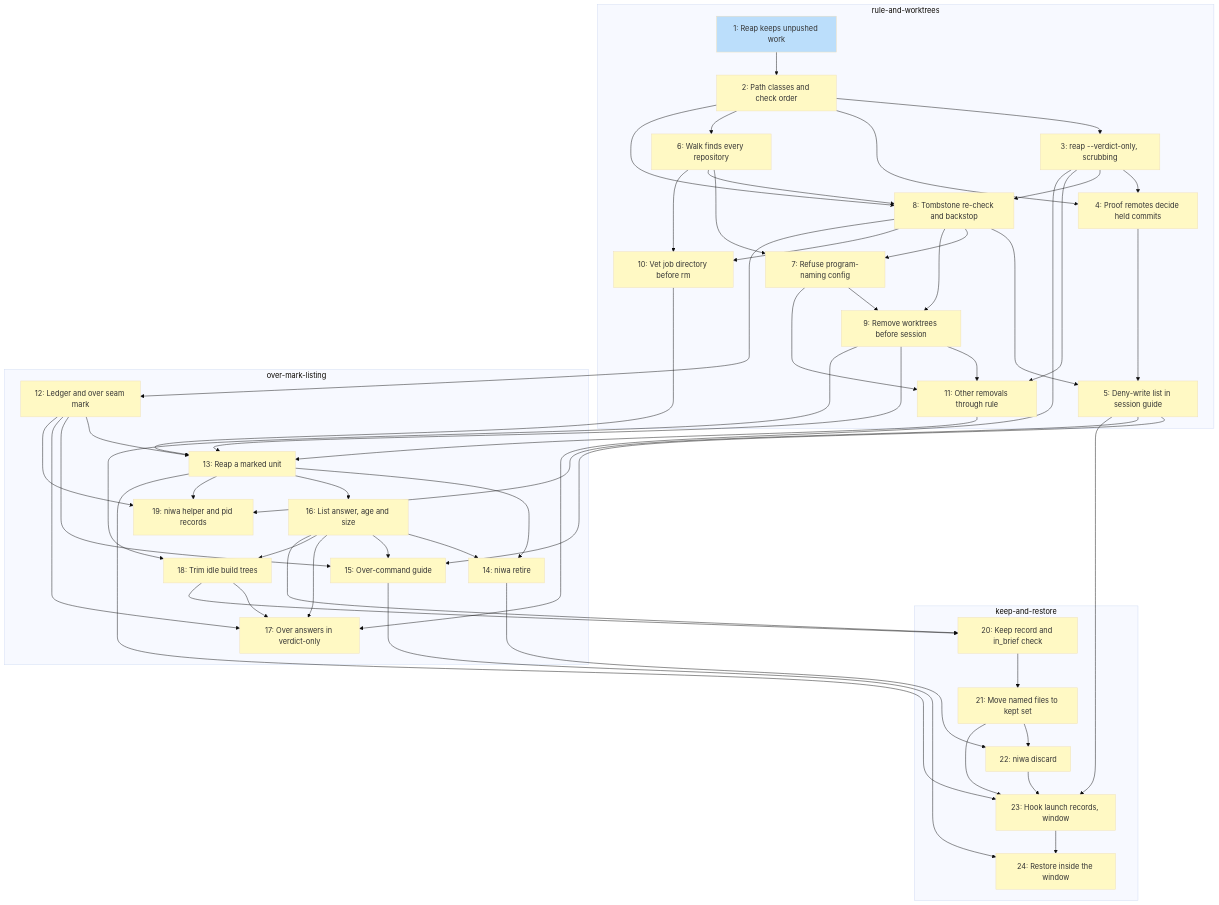
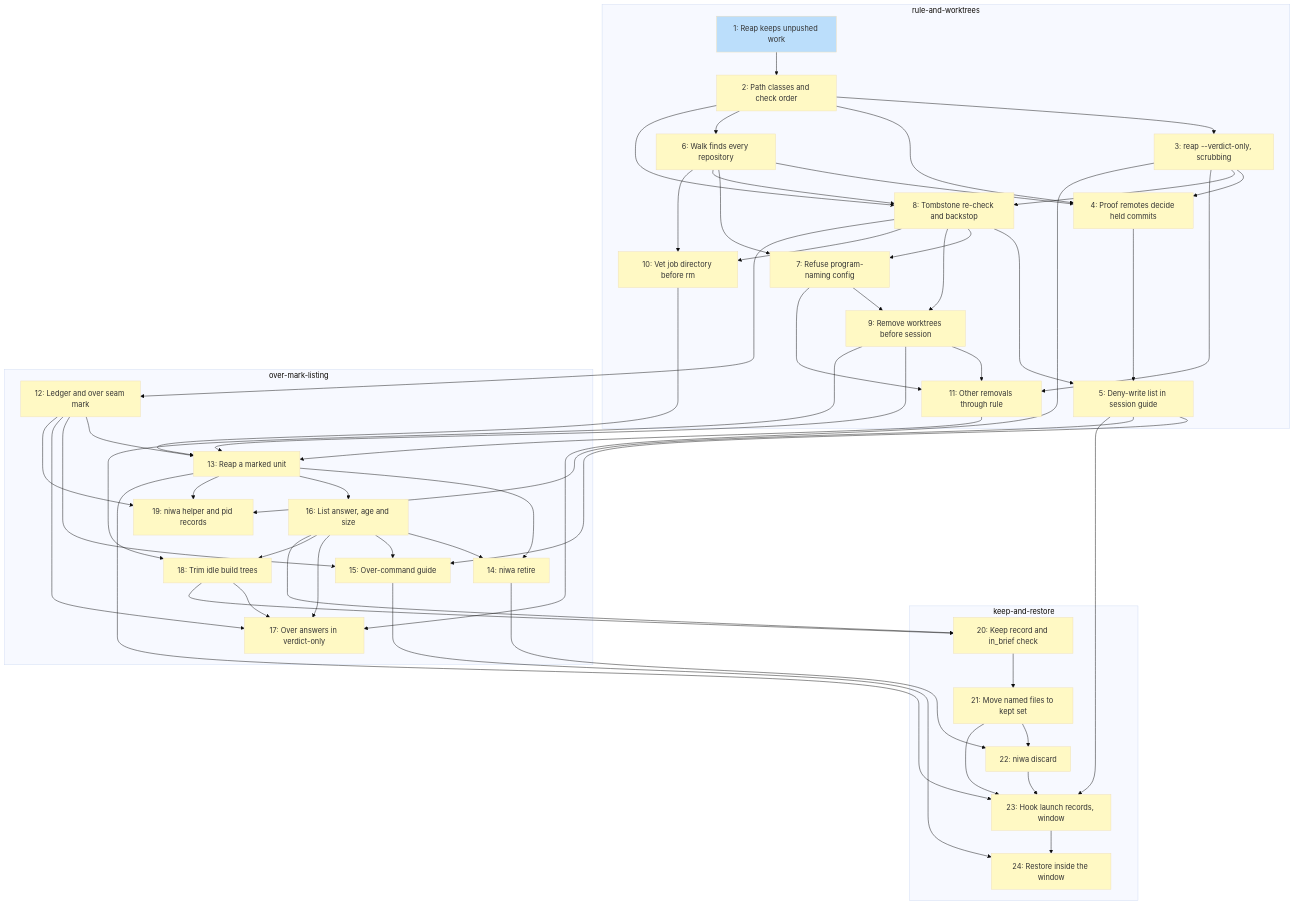
The diagram in docs/plans/PLAN-over-remover.md (tsukumogami/niwa), drawn with Mermaid (base theme) before and after one commit. The commit also changed other lines of this file and 2 other files, not shown here.

```diff
--- a/docs/plans/PLAN-over-remover.md
+++ b/docs/plans/PLAN-over-remover.md
@@ -949,6 +951,7 @@
     I2 --> I3
     I2 --> I4
     I3 --> I4
+    I6 --> I4
     I4 --> I5
     I8 --> I5
     I2 --> I6
```
